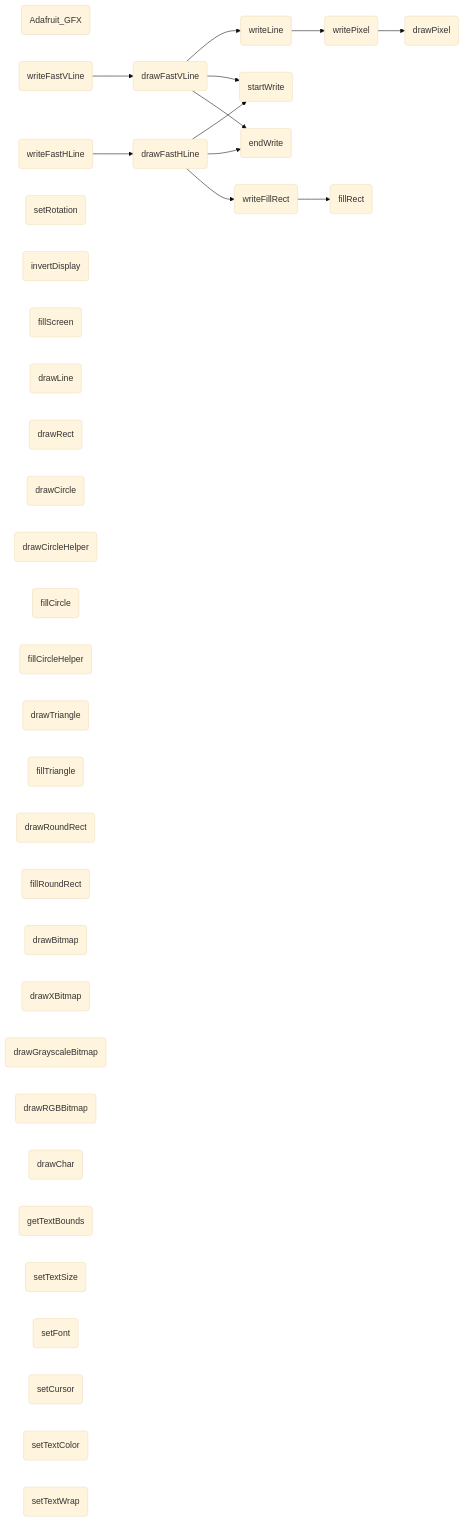
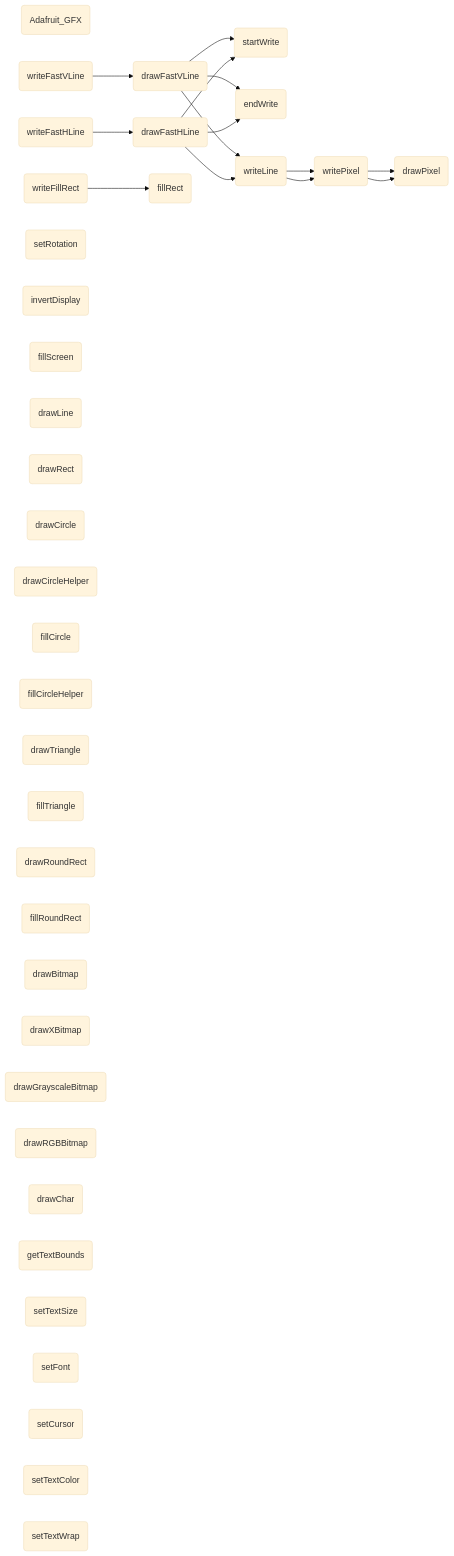
One commit to icodezhanglei/iodraw-files changed the diagram in all/未命名.md. Above: the diagram before and after it, drawn with Mermaid (base theme).

Commit message:
2024-09-13 18:21:50 update

````diff
--- a/all/未命名.md
+++ b/all/未命名.md
@@ -1,49 +1,49 @@
 ```mermaid
 flowchart LR
 Adafruit_GF(Adafruit_GFX)
 drawPixel(drawPixel)
 startWrite(startWrite)
 endWrite(endWrite)
 writePixel(writePixel)
 writeFillRect(writeFillRect)
 writeFastVLine(writeFastVLine)
 writeFastHLine(writeFastHLine)
 writeLine(writeLine)
 setRotation(setRotation)
 invertDisplay(invertDisplay)
 drawFastVLine(drawFastVLine)
 drawFastHLine(drawFastHLine)
 fillRect(fillRect)
 fillScreen(fillScreen)
 drawLine(drawLine)
 drawRect(drawRect)
 drawCircle(drawCircle)
 drawCircleHelper(drawCircleHelper)
 fillCircle(fillCircle)
 fillCircleHelper(fillCircleHelper)
 drawTriangle(drawTriangle)
 fillTriangle(fillTriangle)
 drawRoundRect(drawRoundRect)
 fillRoundRect(fillRoundRect)
 drawBitmap(drawBitmap)
 drawXBitmap(drawXBitmap)
 drawGrayscaleBitmap(drawGrayscaleBitmap)
 drawRGBBitmap(drawRGBBitmap)
 drawChar(drawChar)
 getTextBounds(getTextBounds)
 setTextSize(setTextSize)
 setFont(setFont)
 setCursor(setCursor)
 setTextColor(setTextColor)
 setTextWrap(setTextWrap)
 
-
+writeLine --> writePixel --> drawPixel
 writeFastVLine --> drawFastVLine --> writeLine --> writePixel --> drawPixel
 drawFastVLine --> startWrite & endWrite
 
 writeFastHLine --> drawFastHLine --> startWrite & endWrite
-drawFastHLine -->
+drawFastHLine --> writeLine
 
 writeFillRect --> fillRect
 
 ```
````
